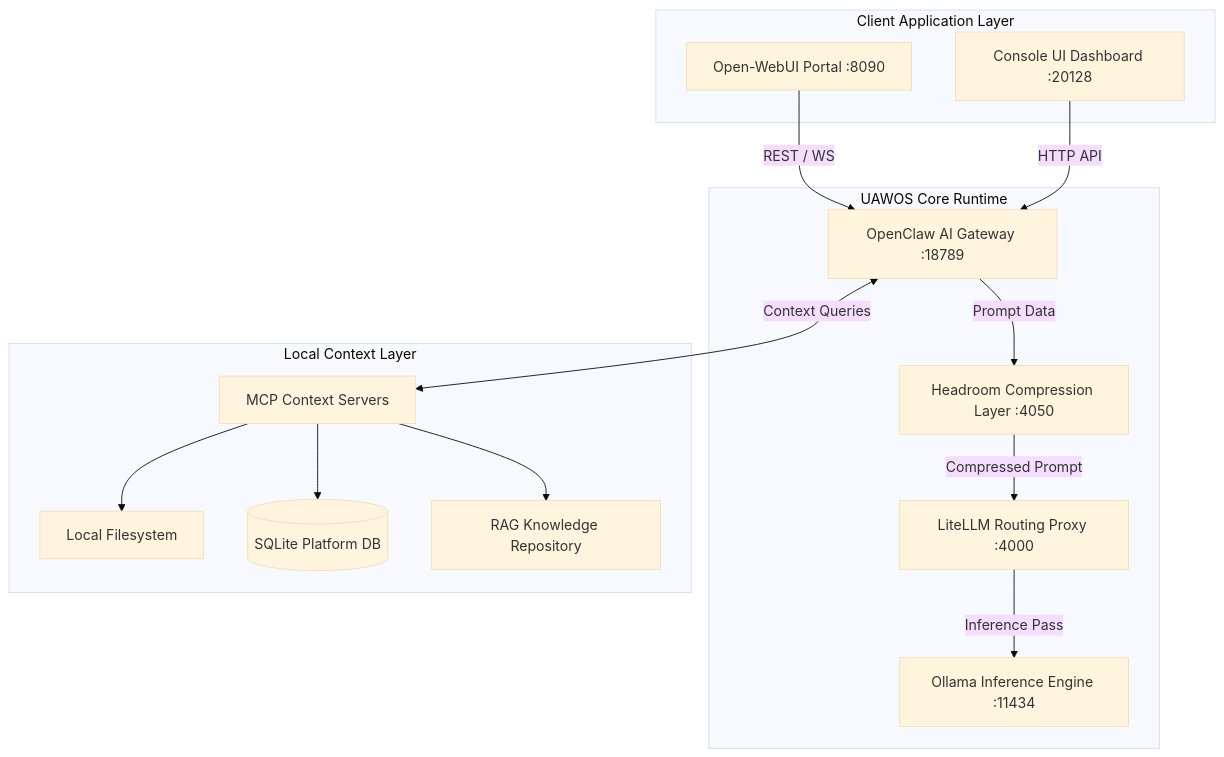
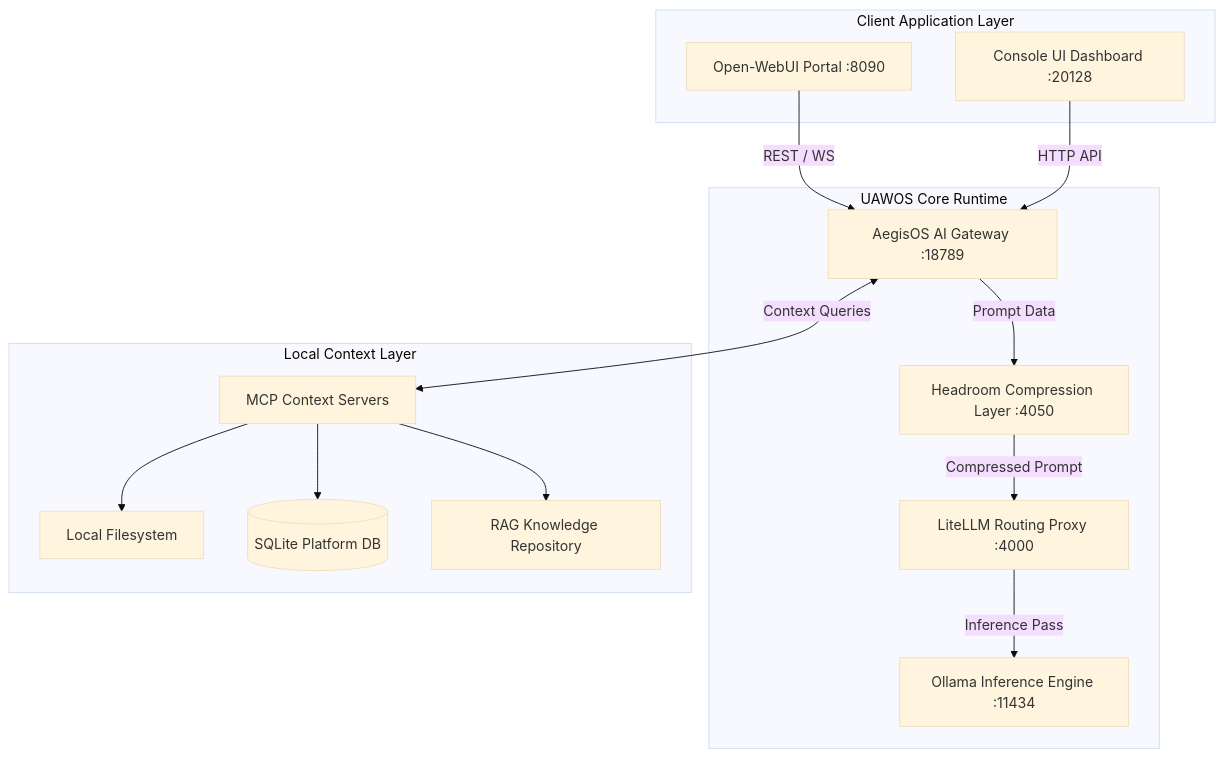
Before and after one commit to rjmad1/AegisOS: the third of 3 diagrams in docs/uawos_integration/04_integration_strategy.md, drawn with Mermaid (base theme). The commit also changed other lines of this file and 303 other files, not shown here.

Commit message:
refactor(branding): rename OpenClaw to AegisOS

````diff
--- a/docs/uawos_integration/04_integration_strategy.md
+++ b/docs/uawos_integration/04_integration_strategy.md
@@ -104,32 +104,32 @@
 ```mermaid
 graph TB
     subgraph Client Application Layer
         UI[Open-WebUI Portal :8090]
         Console[Console UI Dashboard :20128]
     end
 
     subgraph UAWOS Core Runtime
-        OC[OpenClaw AI Gateway :18789]
+        OC[AegisOS AI Gateway :18789]
         HR[Headroom Compression Layer :4050]
         LL[LiteLLM Routing Proxy :4000]
         OL[Ollama Inference Engine :11434]
     end
 
     subgraph Local Context Layer
         FS[Local Filesystem]
         MCP[MCP Context Servers]
         DB[(SQLite Platform DB)]
         KR[RAG Knowledge Repository]
     end
 
     %% Interactions
     UI -->|REST / WS| OC
     Console -->|HTTP API| OC
     OC -->|Prompt Data| HR
     HR -->|Compressed Prompt| LL
     LL -->|Inference Pass| OL
     OC <-->|Context Queries| MCP
     MCP --> FS
     MCP --> DB
     MCP --> KR
 ```
````
